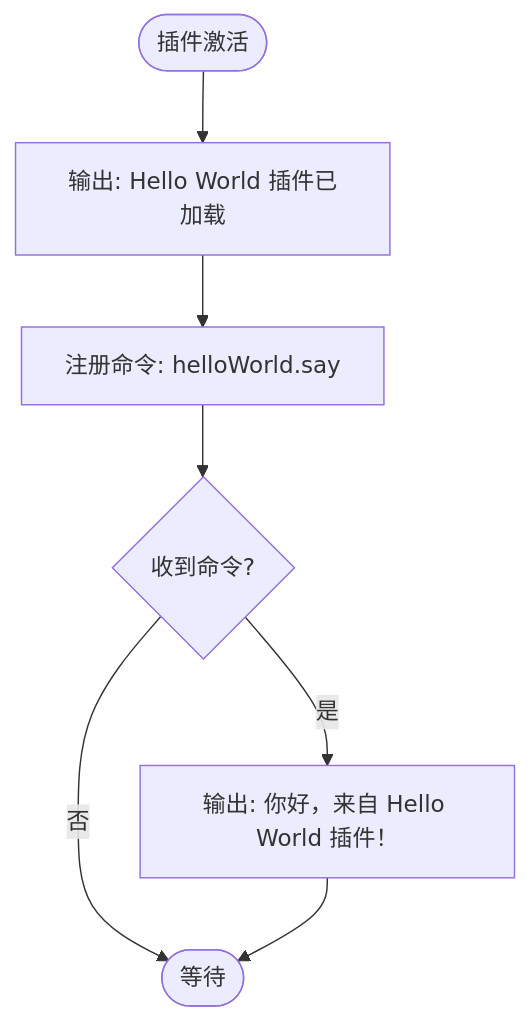
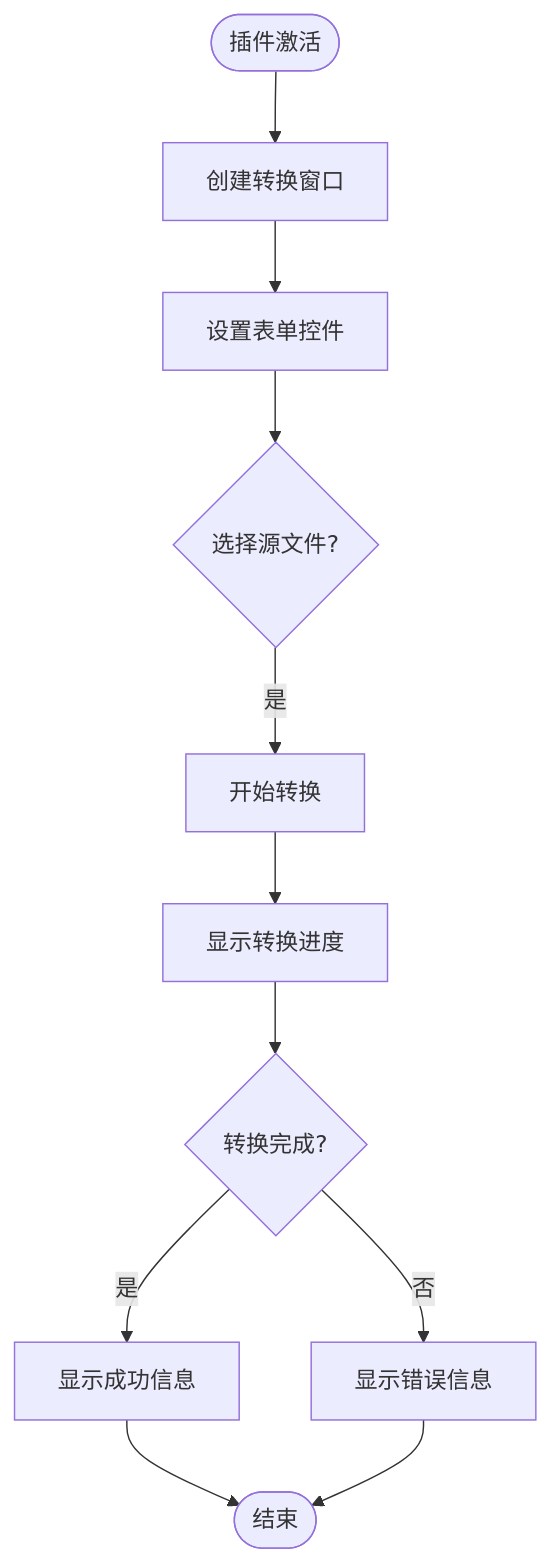
The third of 9 diagrams in .qoder/repowiki/zh/content/开发指南/示例插件.md (jakecai1225-design/OpenBus), drawn with Mermaid before and after one commit. The commit also changed other lines of this file and 57 other files, not shown here.

````diff
--- a/.qoder/repowiki/zh/content/开发指南/示例插件.md
+++ b/.qoder/repowiki/zh/content/开发指南/示例插件.md
@@ -139,9 +152,13 @@
 ```mermaid
 flowchart TD
-Start(["插件激活"]) --> Output["输出: Hello World 插件已加载"]
-Output --> RegCmd["注册命令: helloWorld.say"]
-RegCmd --> WaitCmd{"收到命令?"}
-WaitCmd --> |是| Say["输出: 你好，来自 Hello World 插件！"]
-WaitCmd --> |否| End(["等待"])
-Say --> End
+Start(["插件激活"]) --> CreateWin["创建转换窗口"]
+CreateWin --> SetupUI["设置表单控件"]
+SetupUI --> WaitInput{"选择源文件?"}
+WaitInput --> |是| Convert["开始转换"]
+Convert --> Progress["显示转换进度"]
+Progress --> Complete{"转换完成?"}
+Complete --> |是| Success["显示成功信息"]
+Complete --> |否| Error["显示错误信息"]
+Success --> End(["结束"])
+Error --> End
 ```
````
